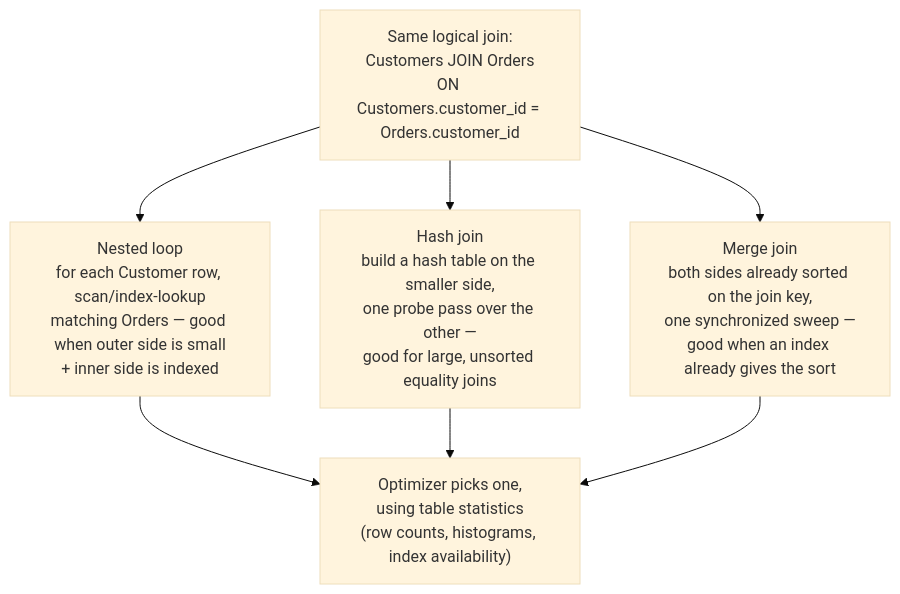
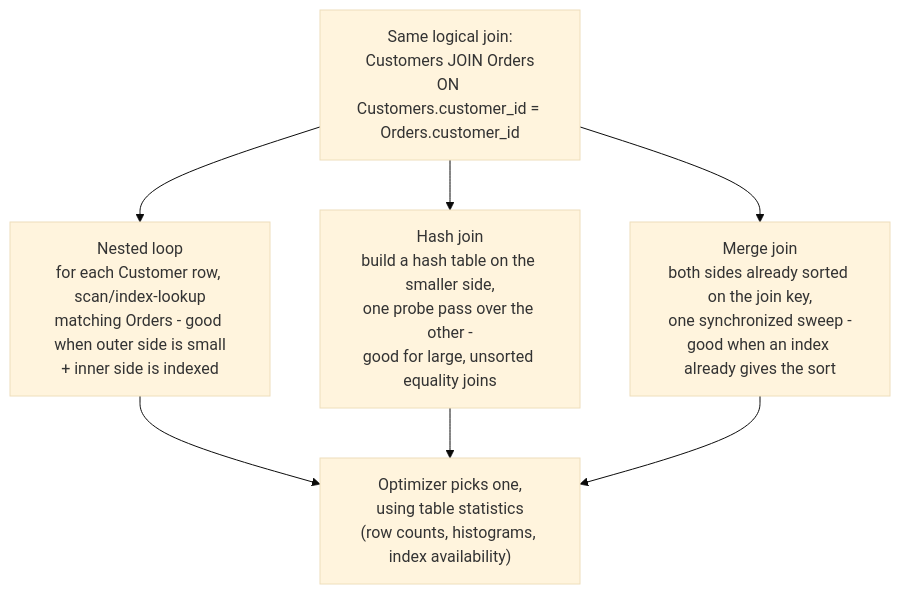
One commit to ParthGadhiya0602/System-Design changed the diagram in lessons/backend/L2/03-sql-depth.md. Above: the diagram before and after it, drawn with Mermaid (base theme). The commit also changed other lines of this file and 40 other files, not shown here.

````diff
--- a/lessons/backend/L2/03-sql-depth.md
+++ b/lessons/backend/L2/03-sql-depth.md
@@ -57,10 +57,10 @@
 ```mermaid
 flowchart TB
     A["Same logical join:<br/>Customers JOIN Orders<br/>ON Customers.customer_id = Orders.customer_id"]
-    A --> NL["Nested loop<br/>for each Customer row, scan/index-lookup<br/>matching Orders — good when outer side is small<br/>+ inner side is indexed"]
-    A --> HJ["Hash join<br/>build a hash table on the smaller side,<br/>one probe pass over the other —<br/>good for large, unsorted equality joins"]
-    A --> MJ["Merge join<br/>both sides already sorted on the join key,<br/>one synchronized sweep —<br/>good when an index already gives the sort"]
+    A --> NL["Nested loop<br/>for each Customer row, scan/index-lookup<br/>matching Orders - good when outer side is small<br/>+ inner side is indexed"]
+    A --> HJ["Hash join<br/>build a hash table on the smaller side,<br/>one probe pass over the other -<br/>good for large, unsorted equality joins"]
+    A --> MJ["Merge join<br/>both sides already sorted on the join key,<br/>one synchronized sweep -<br/>good when an index already gives the sort"]
     NL --> Opt["Optimizer picks one,<br/>using table statistics<br/>(row counts, histograms, index availability)"]
     HJ --> Opt
     MJ --> Opt
 ```
````
